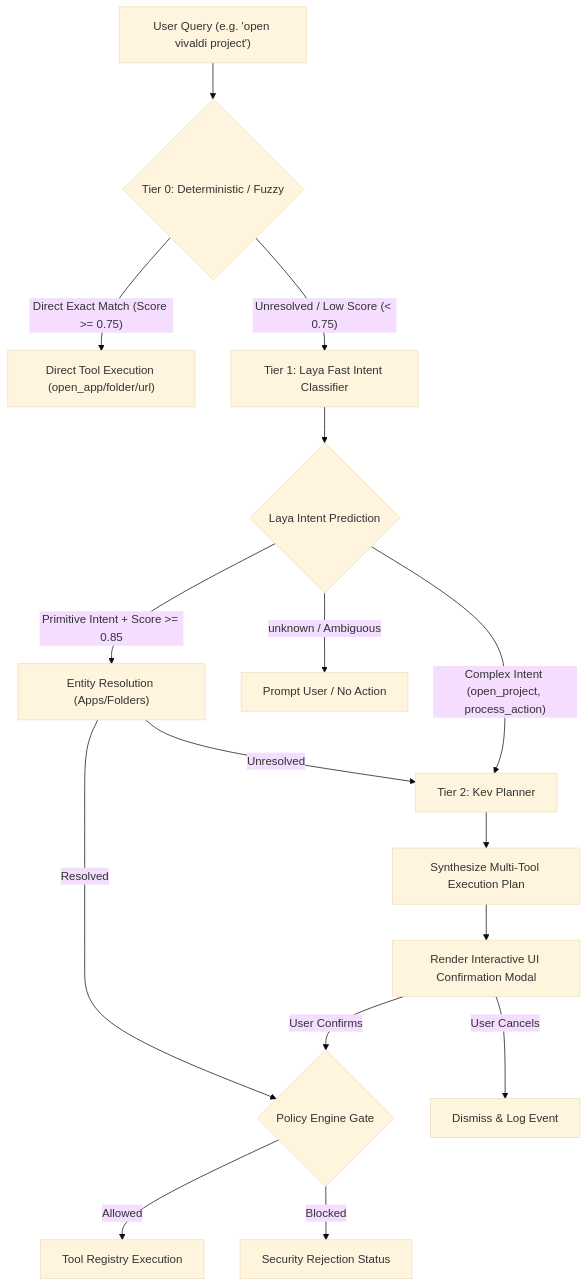
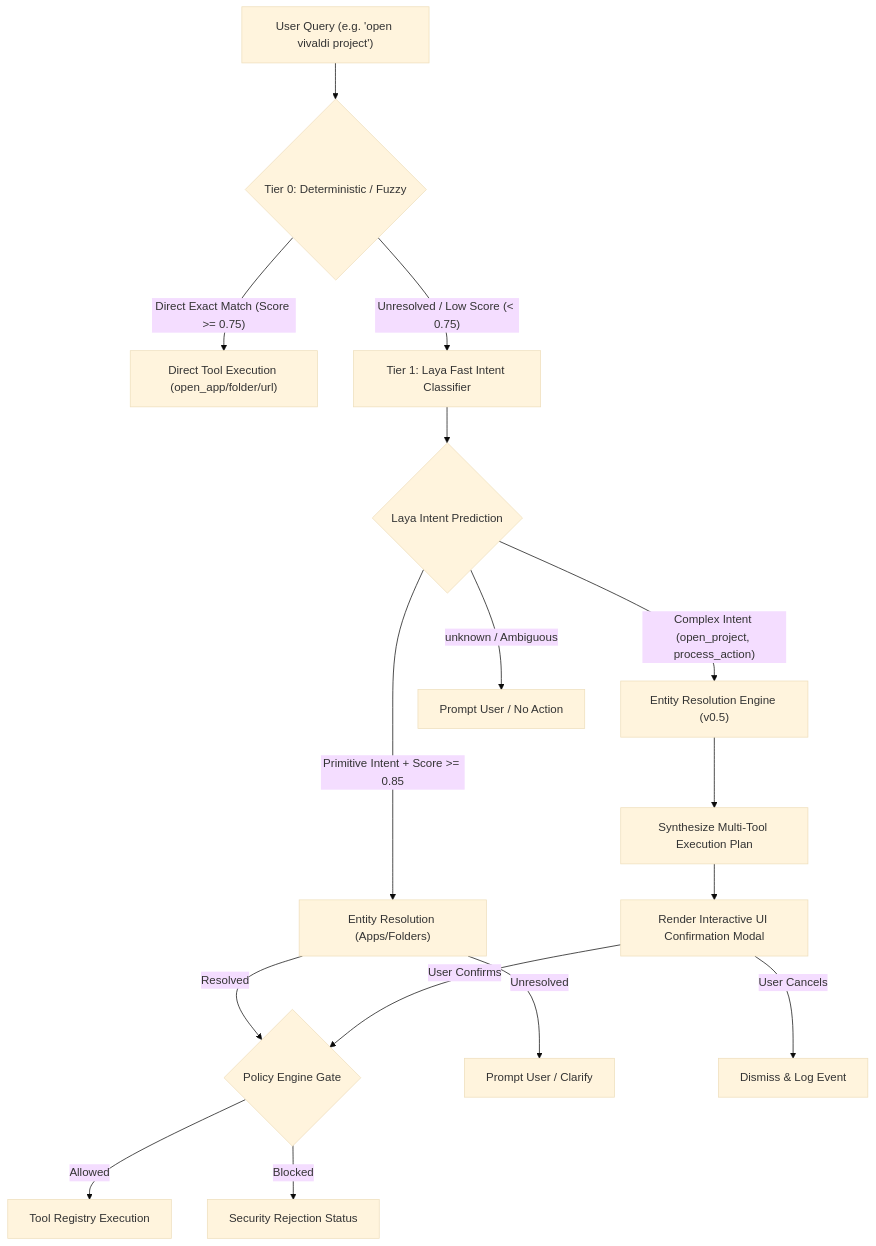
One commit to Voidwalker-AT/AstraRun changed the diagram in docs/LAYA_KEV_INTEGRATION.md. Above: the diagram before and after it, drawn with Mermaid (base theme). The commit also changed other lines of this file and 24 other files, not shown here.

````diff
--- a/docs/LAYA_KEV_INTEGRATION.md
+++ b/docs/LAYA_KEV_INTEGRATION.md
@@ -25,24 +48,24 @@
 ```mermaid
 flowchart TD
     User["User Query (e.g. 'open vivaldi project')"] --> T0{"Tier 0: Deterministic / Fuzzy"}
     
     T0 -->|"Direct Exact Match (Score >= 0.75)"| ExecT0["Direct Tool Execution (open_app/folder/url)"]
     T0 -->|"Unresolved / Low Score (< 0.75)"| T1["Tier 1: Laya Fast Intent Classifier"]
     
     T1 --> IntentChoice{"Laya Intent Prediction"}
     
     IntentChoice -->|"Primitive Intent + Score >= 0.85"| ResolvePrim["Entity Resolution (Apps/Folders)"]
     ResolvePrim -->|"Resolved"| PolicyCheck{"Policy Engine Gate"}
-    ResolvePrim -->|"Unresolved"| T2["Tier 2: Kev Planner"]
+    ResolvePrim -->|"Unresolved"| UserFallback["Prompt User / Clarify"]
     
-    IntentChoice -->|"Complex Intent (open_project, process_action)"| T2
+    IntentChoice -->|"Complex Intent (open_project, process_action)"| ResolutionEngine["Entity Resolution Engine (v0.5)"]
     IntentChoice -->|"unknown / Ambiguous"| Fallback["Prompt User / No Action"]
     
-    T2 --> PlanGen["Synthesize Multi-Tool Execution Plan"]
+    ResolutionEngine --> PlanGen["Synthesize Multi-Tool Execution Plan"]
     PlanGen --> ConfirmModal["Render Interactive UI Confirmation Modal"]
     ConfirmModal -->|"User Confirms"| PolicyCheck
     ConfirmModal -->|"User Cancels"| Discard["Dismiss & Log Event"]
     
     PolicyCheck -->|"Allowed"| Registry["Tool Registry Execution"]
     PolicyCheck -->|"Blocked"| BlockAlert["Security Rejection Status"]
 ```
````
